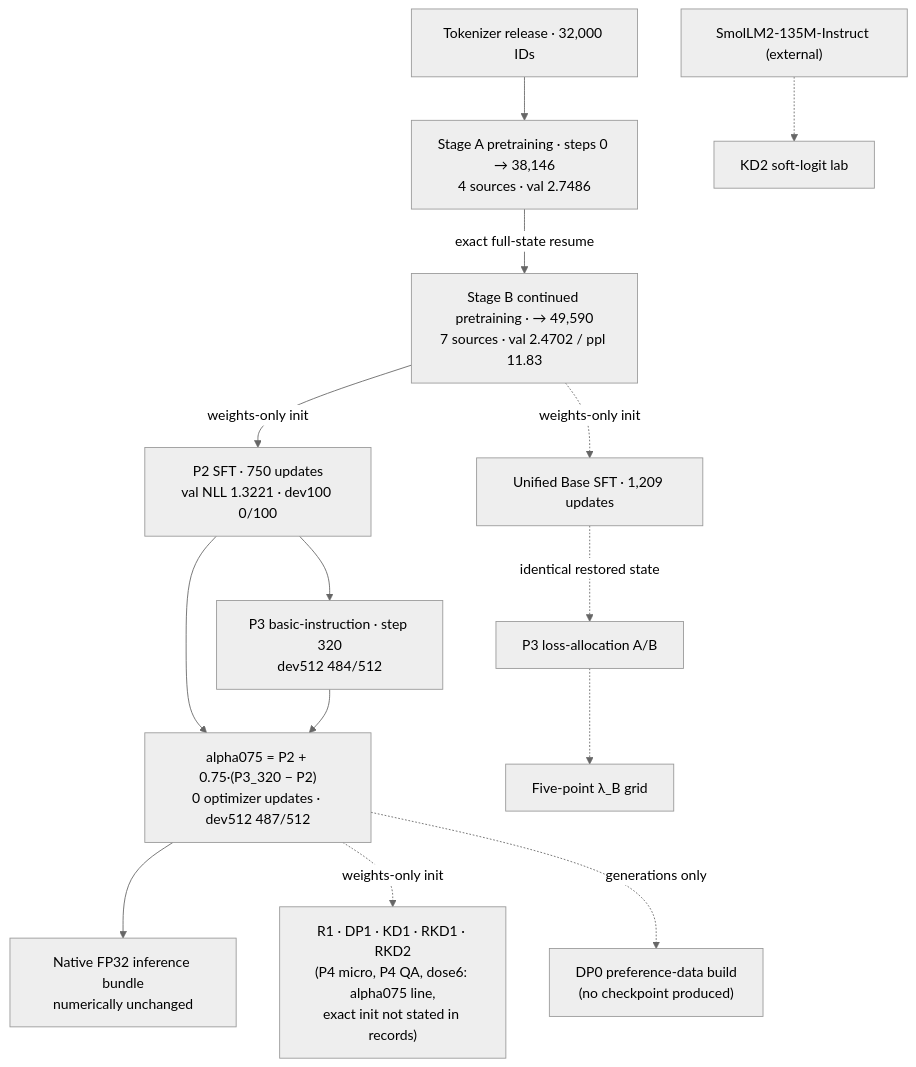
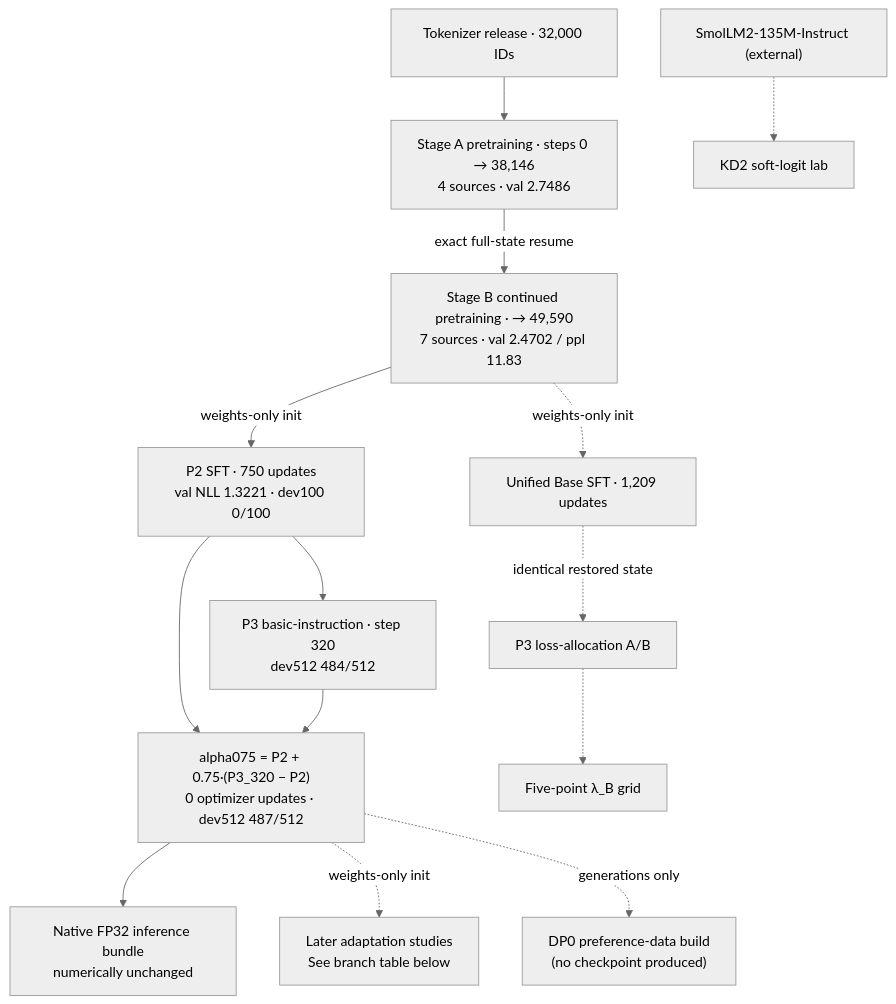
The diagram in docs/petitgpt-v1/TECHNICAL_REPORT.md (abhisheks6477/petitgpt), drawn with Mermaid (neutral theme) before and after one commit. The commit also changed other lines of this file, not shown here.

````diff
--- a/docs/petitgpt-v1/TECHNICAL_REPORT.md
+++ b/docs/petitgpt-v1/TECHNICAL_REPORT.md
@@ -193,17 +222,17 @@
 ```mermaid
 graph TD
   TOK["Tokenizer release · 32,000 IDs"] --> SA
   SA["Stage A pretraining · steps 0 → 38,146<br/>4 sources · val 2.7486"] -->|exact full-state resume| SB
   SB["Stage B continued pretraining · → 49,590<br/>7 sources · val 2.4702 / ppl 11.83"] -->|weights-only init| P2
   P2["P2 SFT · 750 updates<br/>val NLL 1.3221 · dev100 0/100"] --> P3
   P2 --> ALPHA
   P3["P3 basic-instruction · step 320<br/>dev512 484/512"] --> ALPHA
   ALPHA["alpha075 = P2 + 0.75·(P3_320 − P2)<br/>0 optimizer updates · dev512 487/512"] --> EXPORT
   EXPORT["Native FP32 inference bundle<br/>numerically unchanged"]
 
-  ALPHA -.weights-only init.-> BR["R1 · DP1 · KD1 · RKD1 · RKD2<br/>(P4 micro, P4 QA, dose6: alpha075 line,<br/>exact init not stated in records)"]
+  ALPHA -.weights-only init.-> BR["Later adaptation studies<br/>See branch table below"]
   ALPHA -.generations only.-> DP0["DP0 preference-data build<br/>(no checkpoint produced)"]
   SB -.weights-only init.-> UB["Unified Base SFT · 1,209 updates"]
   UB -.identical restored state.-> AB["P3 loss-allocation A/B"] -.-> GRID["Five-point λ_B grid"]
   EXT["SmolLM2-135M-Instruct (external)"] -.-> KD2["KD2 soft-logit lab"]
 ```
````
